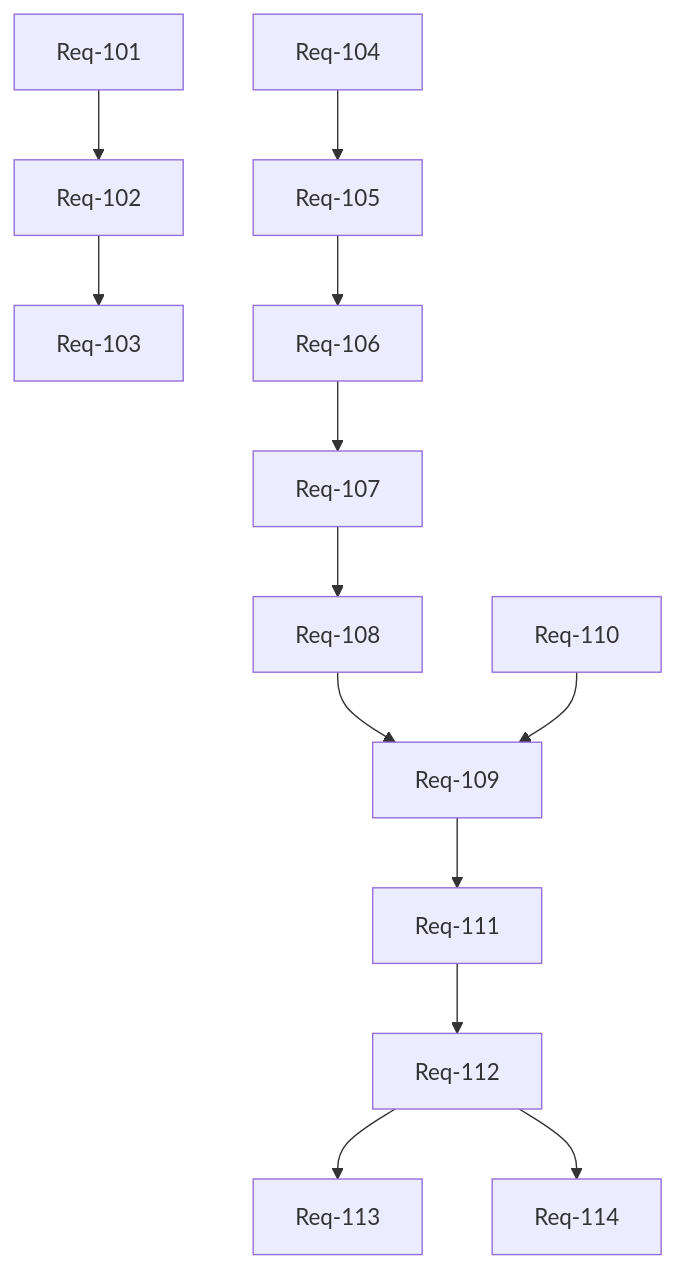
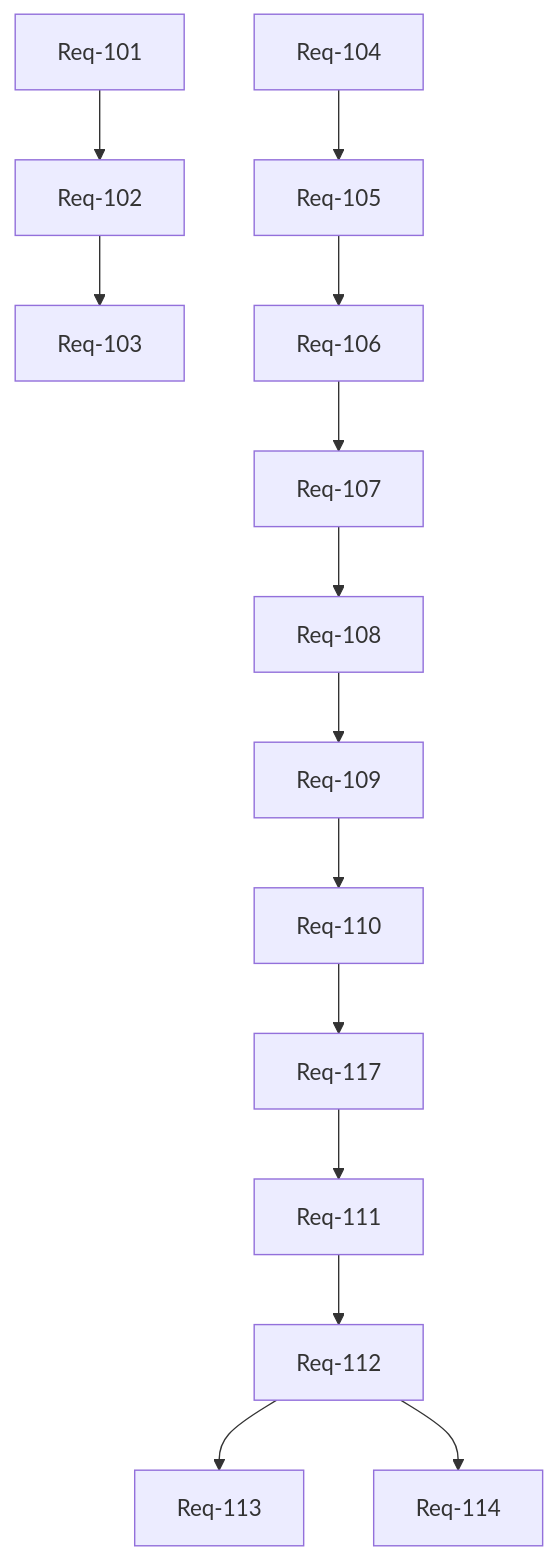
One commit to tticom/score2gp-agentops changed the diagram in projects/score2gp/research/2026-07-08-product-backlog-requirement-architecture.md. Above: the diagram before and after it, drawn with Mermaid. The commit also changed other lines of this file, not shown here.

````diff
--- a/projects/score2gp/research/2026-07-08-product-backlog-requirement-architecture.md
+++ b/projects/score2gp/research/2026-07-08-product-backlog-requirement-architecture.md
@@ -59,15 +61,16 @@
 ```mermaid
 graph TD
     Req-101 --> Req-102
     Req-102 --> Req-103
     Req-104 --> Req-105
     Req-105 --> Req-106
     Req-106 --> Req-107
     Req-107 --> Req-108
     Req-108 --> Req-109
-    Req-110 --> Req-109
-    Req-109 --> Req-111
+    Req-109 --> Req-110
+    Req-110 --> Req-117
+    Req-117 --> Req-111
     Req-111 --> Req-112
     Req-112 --> Req-113
     Req-112 --> Req-114
 ```
````
